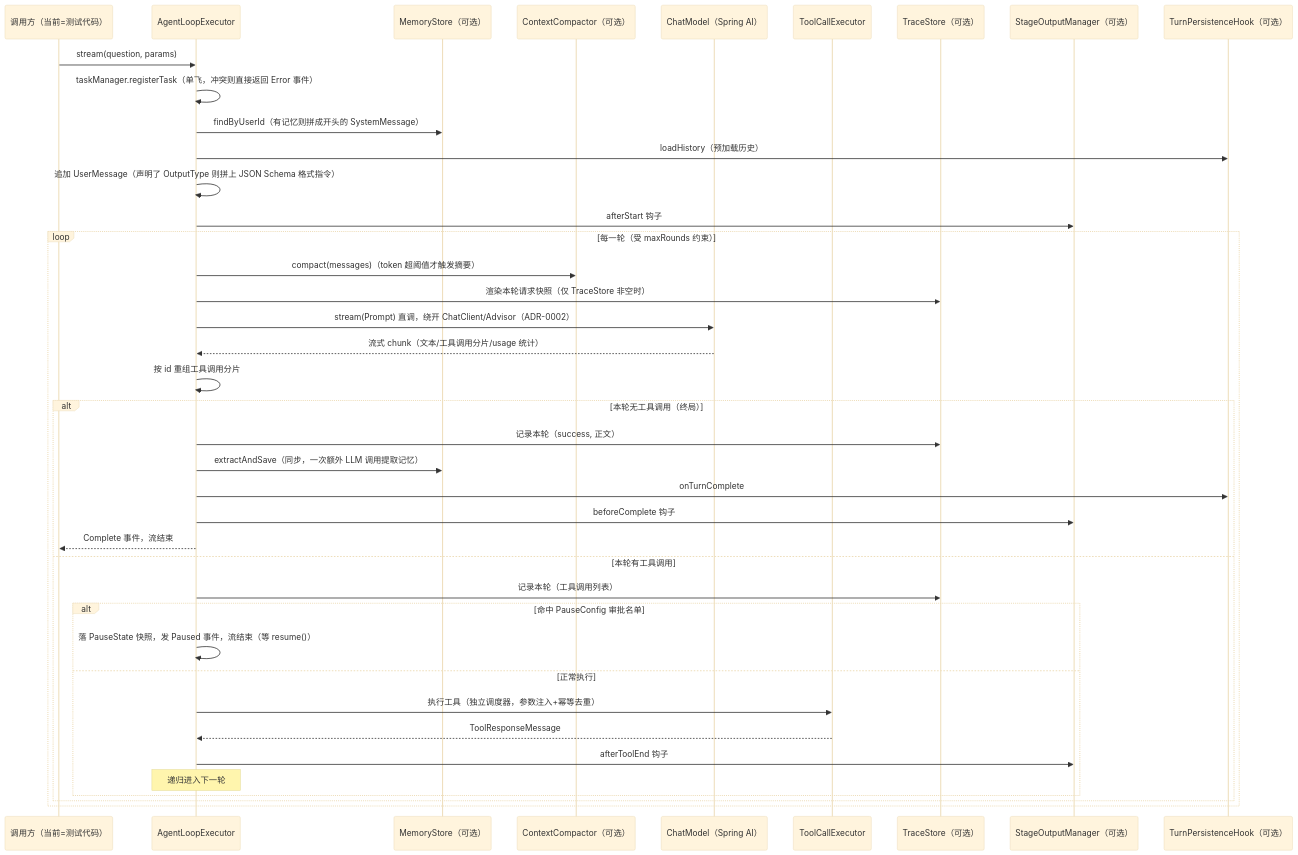
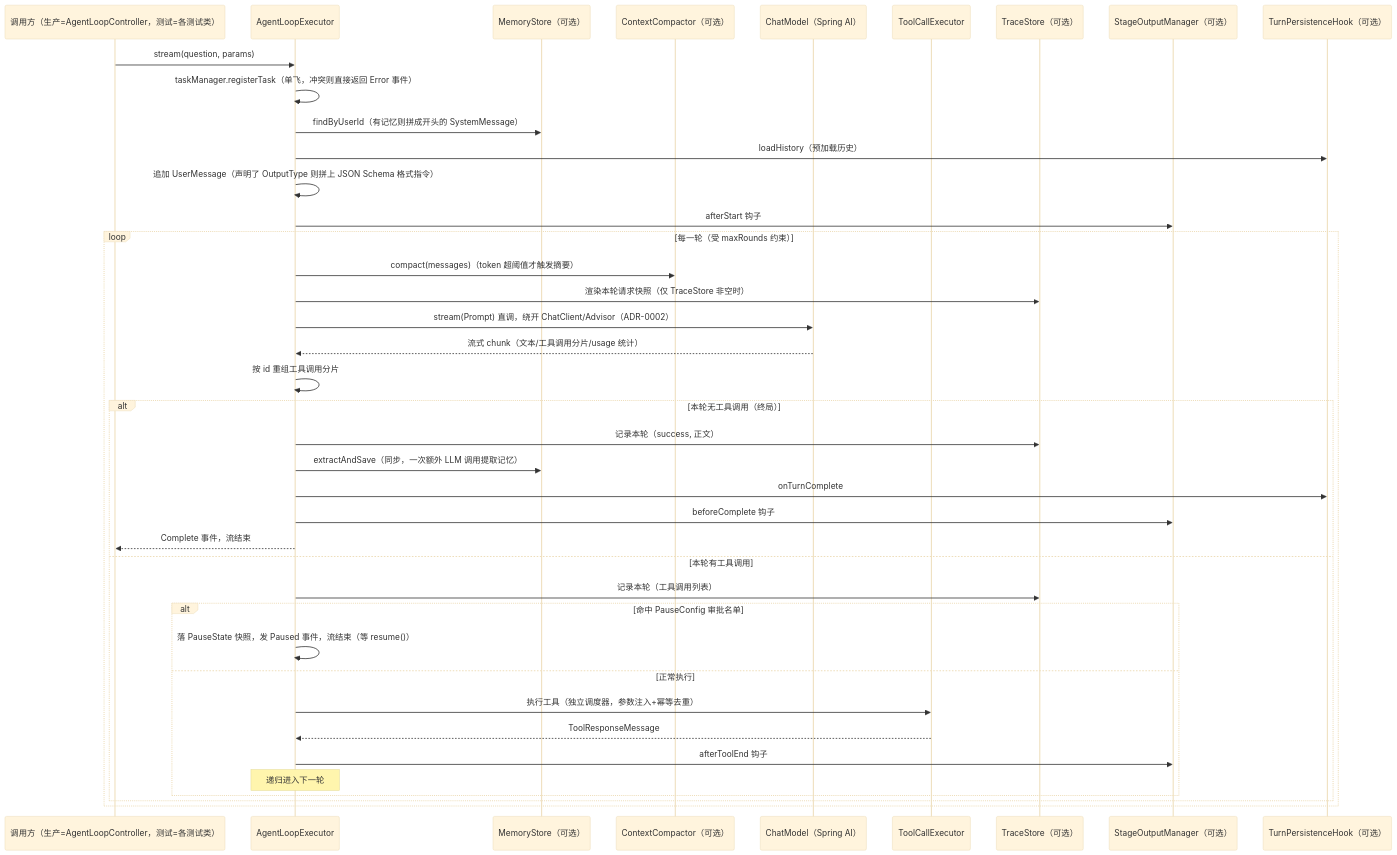
One commit to renjian-pro/AgentTrail changed the second of 2 diagrams in docs/architecture.md. Above: the diagram before and after it, drawn with Mermaid (base theme). The commit also changed other lines of this file and 26 other files, not shown here.

````diff
--- a/docs/architecture.md
+++ b/docs/architecture.md
@@ -120,44 +125,44 @@
 ```mermaid
 sequenceDiagram
-    participant Caller as 调用方（当前=测试代码）
+    participant Caller as 调用方（生产=AgentLoopController，测试=各测试类）
     participant ALE as AgentLoopExecutor
     participant MEM as MemoryStore（可选）
     participant CC as ContextCompactor（可选）
     participant LLM as ChatModel（Spring AI）
     participant TCE as ToolCallExecutor
     participant TRACE as TraceStore（可选）
     participant STAGE as StageOutputManager（可选）
     participant PERSIST as TurnPersistenceHook（可选）
 
     Caller->>ALE: stream(question, params)
     ALE->>ALE: taskManager.registerTask（单飞，冲突则直接返回 Error 事件）
     ALE->>MEM: findByUserId（有记忆则拼成开头的 SystemMessage）
     ALE->>PERSIST: loadHistory（预加载历史）
     ALE->>ALE: 追加 UserMessage（声明了 OutputType 则拼上 JSON Schema 格式指令）
     ALE->>STAGE: afterStart 钩子
 
     loop 每一轮（受 maxRounds 约束）
         ALE->>CC: compact(messages)（token 超阈值才触发摘要）
         ALE->>TRACE: 渲染本轮请求快照（仅 TraceStore 非空时）
         ALE->>LLM: stream(Prompt) 直调，绕开 ChatClient/Advisor（ADR-0002）
         LLM-->>ALE: 流式 chunk（文本/工具调用分片/usage 统计）
         ALE->>ALE: 按 id 重组工具调用分片
         alt 本轮无工具调用（终局）
             ALE->>TRACE: 记录本轮（success, 正文）
             ALE->>MEM: extractAndSave（同步，一次额外 LLM 调用提取记忆）
             ALE->>PERSIST: onTurnComplete
             ALE->>STAGE: beforeComplete 钩子
             ALE-->>Caller: Complete 事件，流结束
         else 本轮有工具调用
             ALE->>TRACE: 记录本轮（工具调用列表）
             alt 命中 PauseConfig 审批名单
                 ALE->>ALE: 落 PauseState 快照，发 Paused 事件，流结束（等 resume()）
             else 正常执行
                 ALE->>TCE: 执行工具（独立调度器，参数注入+幂等去重）
                 TCE-->>ALE: ToolResponseMessage
                 ALE->>STAGE: afterToolEnd 钩子
                 Note over ALE: 递归进入下一轮
             end
         end
     end
 ```
````
